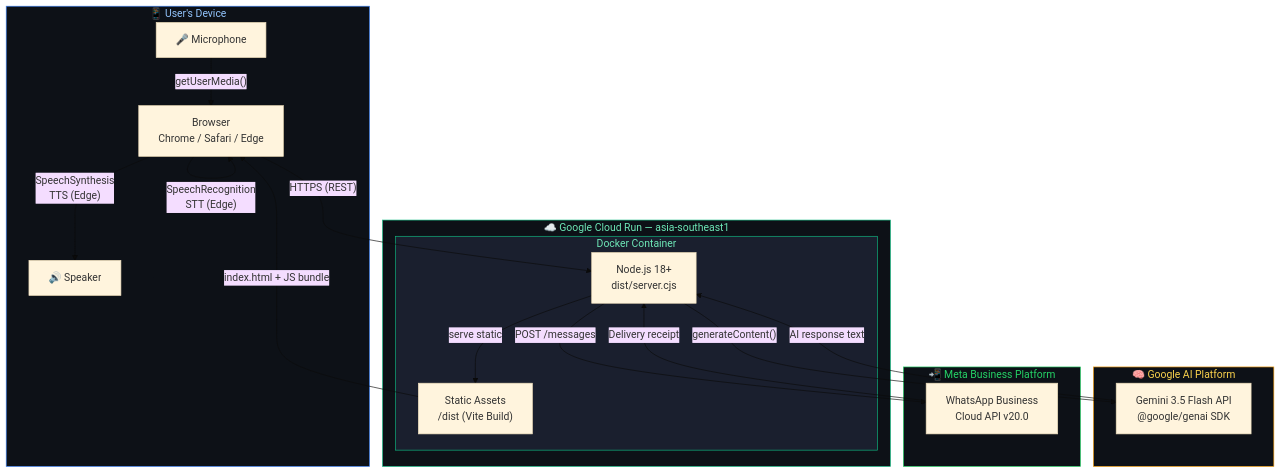
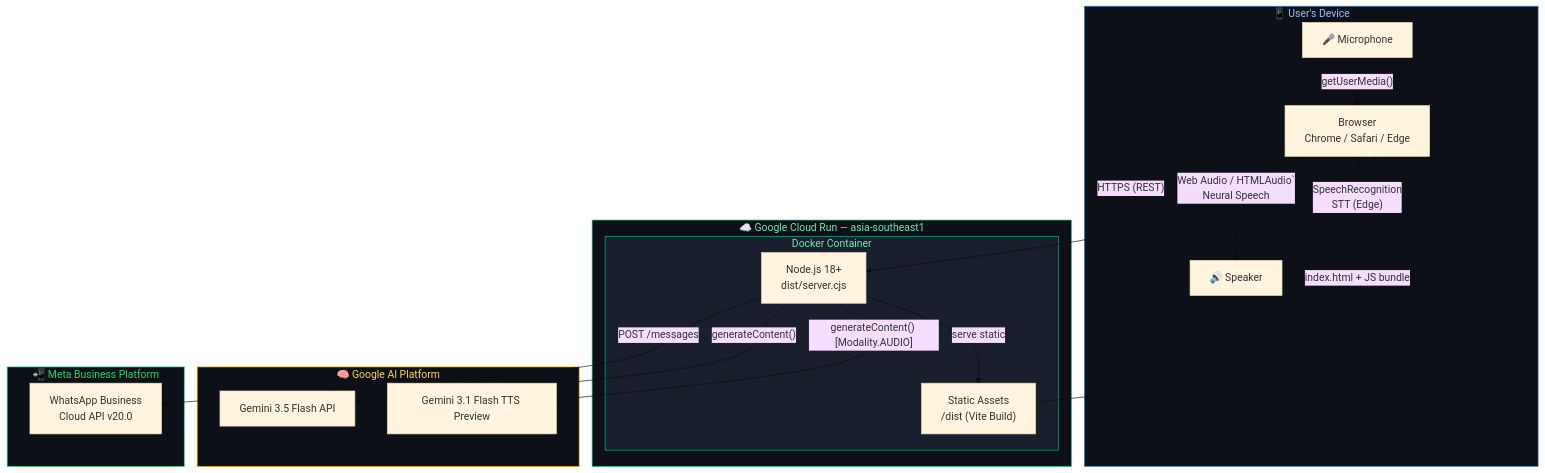
One commit to iammohith/Voice-First-Aura-Real-Estate-Agent-V-FAREA changed the fourth of 12 diagrams in README.md. Above: the diagram before and after it, drawn with Mermaid (base theme). The commit also changed other lines of this file, not shown here.

````diff
--- a/README.md
+++ b/README.md
@@ -247,42 +260,41 @@
 ```mermaid
 graph TB
     subgraph UserDevice["📱 User's Device"]
         BROWSER["Browser<br/>Chrome / Safari / Edge"]
         MIC["🎤 Microphone"]
         SPEAKER["🔊 Speaker"]
     end
 
     subgraph CloudRun["☁️ Google Cloud Run — asia-southeast1"]
         subgraph Container["Docker Container"]
             NODE["Node.js 18+<br/>dist/server.cjs"]
             STATIC["Static Assets<br/>/dist (Vite Build)"]
         end
     end
 
     subgraph GoogleAI["🧠 Google AI Platform"]
-        GEMINI_API["Gemini 3.5 Flash API<br/>@google/genai SDK"]
+        GEMINI_CHAT["Gemini 3.5 Flash API"]
+        GEMINI_TTS["Gemini 3.1 Flash TTS Preview"]
     end
 
     subgraph MetaAPI["📲 Meta Business Platform"]
         WHATSAPP_API["WhatsApp Business<br/>Cloud API v20.0"]
     end
 
     MIC -->|"getUserMedia()"| BROWSER
     BROWSER -->|"SpeechRecognition<br/>STT (Edge)"| BROWSER
-    BROWSER -->|"SpeechSynthesis<br/>TTS (Edge)"| SPEAKER
+    BROWSER -->|"Web Audio / HTMLAudio`<br/>Neural Speech"| SPEAKER
 
     BROWSER -->|"HTTPS (REST)"| NODE
-    NODE -->|"generateContent()"| GEMINI_API
+    NODE -->|"generateContent()"| GEMINI_CHAT
+    NODE -->|"generateContent() [Modality.AUDIO]"| GEMINI_TTS
     NODE -->|"POST /messages"| WHATSAPP_API
     NODE -->|"serve static"| STATIC
     STATIC -->|"index.html + JS bundle"| BROWSER
-
-    GEMINI_API -->|"AI response text"| NODE
-    WHATSAPP_API -->|"Delivery receipt"| NODE
 
     style UserDevice fill:#0d1117,stroke:#3b82f6,color:#93c5fd
     style CloudRun fill:#0d1117,stroke:#10b981,color:#6ee7b7
     style Container fill:#1a1f2e,stroke:#10b981,color:#6ee7b7
     style GoogleAI fill:#0d1117,stroke:#f59e0b,color:#fcd34d
     style MetaAPI fill:#0d1117,stroke:#25D366,color:#25D366
 ```
````
